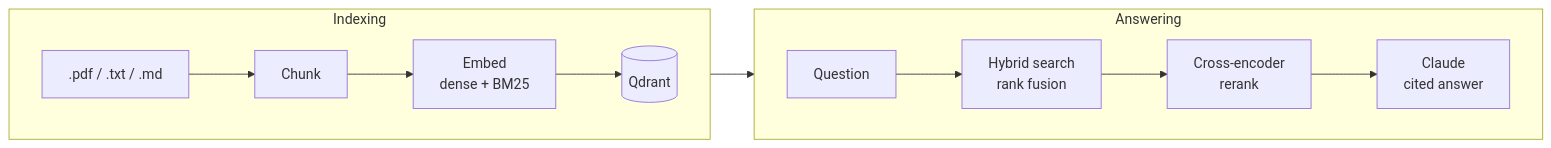
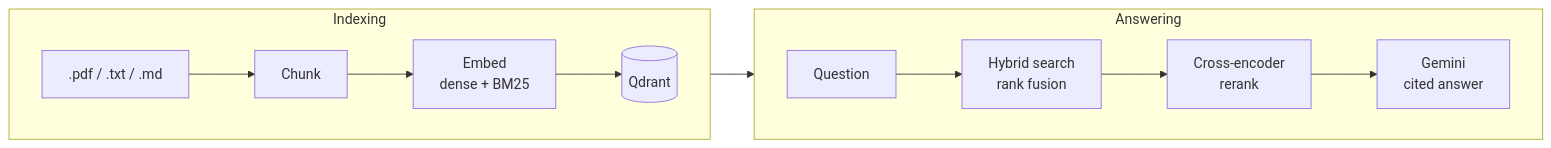
Before and after one commit to hgmdz1210/RAG: the diagram in README.md, drawn with Mermaid. The commit also changed other lines of this file and 9 other files, not shown here.

First line of the commit message:
feat: generate answers with Gemini instead of Claude

````diff
--- a/README.md
+++ b/README.md
@@ -12,12 +12,12 @@
 ```mermaid
 flowchart LR
     subgraph Indexing
         direction LR
         F[".pdf / .txt / .md"] --> C[Chunk] --> E["Embed<br/>dense + BM25"] --> Q[(Qdrant)]
     end
     subgraph Answering
         direction LR
-        U[Question] --> S["Hybrid search<br/>rank fusion"] --> R["Cross-encoder<br/>rerank"] --> G["Claude<br/>cited answer"]
+        U[Question] --> S["Hybrid search<br/>rank fusion"] --> R["Cross-encoder<br/>rerank"] --> G["Gemini<br/>cited answer"]
     end
     Q --> S
 ```
````
